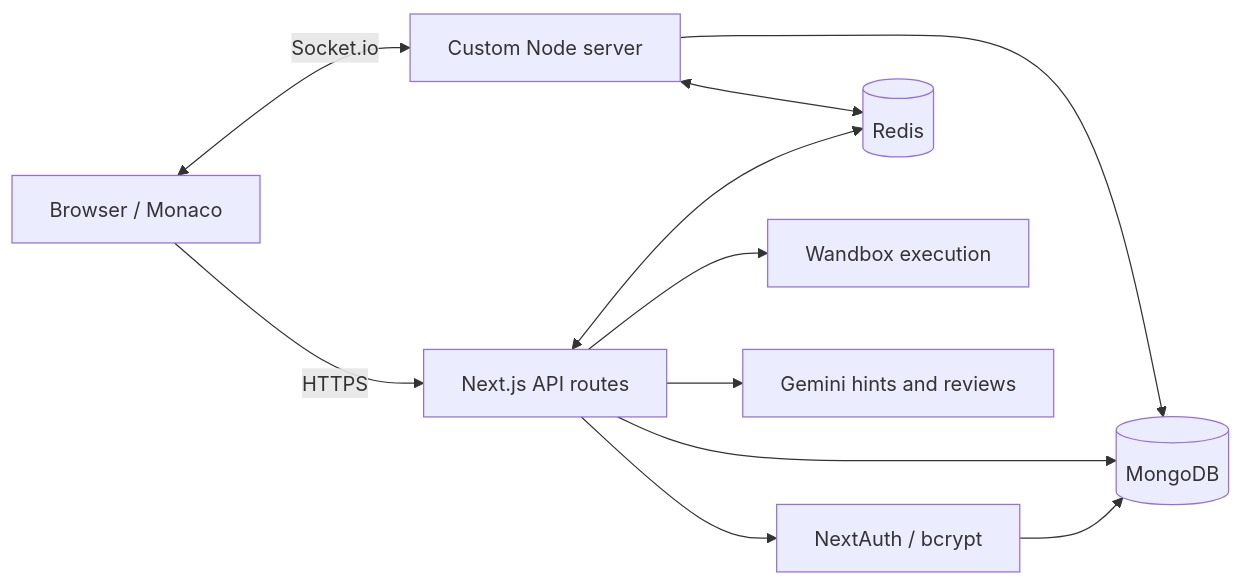
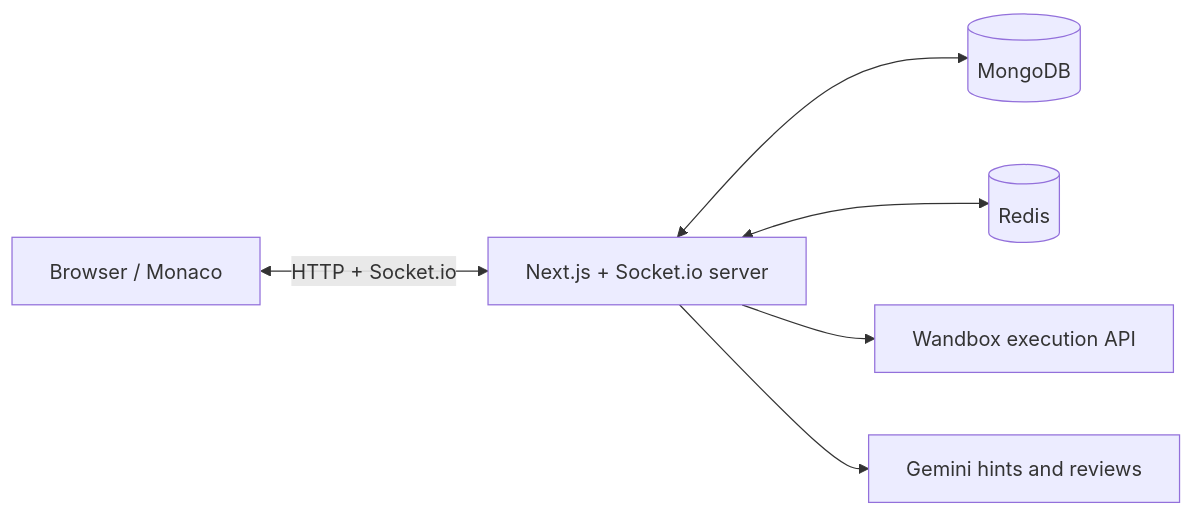
The diagram in README.md (ShlokMaharwal/CodeNest), drawn with Mermaid before and after one commit. The commit also changed other lines of this file, not shown here.

````diff
--- a/README.md
+++ b/README.md
@@ -19,13 +85,8 @@
 ```mermaid
 flowchart LR
-  Browser[Browser / Monaco] -->|HTTPS| API[Next.js API routes]
-  Browser <-->|Socket.io| Server[Custom Node server]
-  API --> Auth[NextAuth / bcrypt]
-  Auth --> Mongo[(MongoDB)]
-  API --> Mongo
-  API <--> Redis[(Redis)]
-  Server <--> Redis
-  Server --> Mongo
-  API --> Wandbox[Wandbox execution]
-  API --> Gemini[Gemini hints and reviews]
+  Browser[Browser / Monaco] <-->|HTTP + Socket.io| Server[Next.js + Socket.io server]
+  Server <--> Mongo[(MongoDB)]
+  Server <--> Redis[(Redis)]
+  Server --> Wandbox[Wandbox execution API]
+  Server --> Gemini[Gemini hints and reviews]
 ```
````
